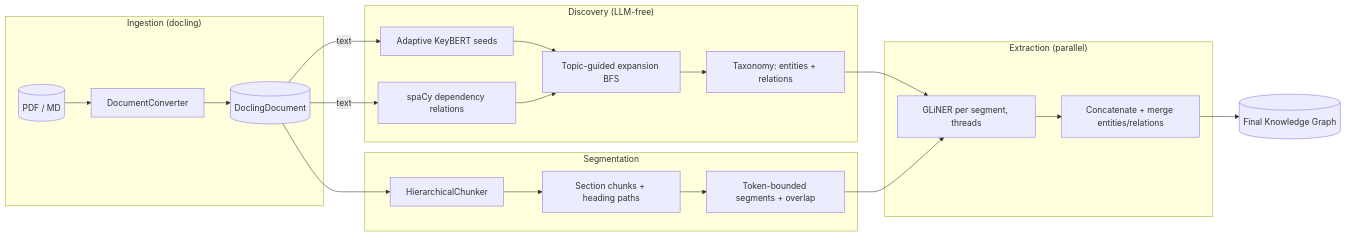
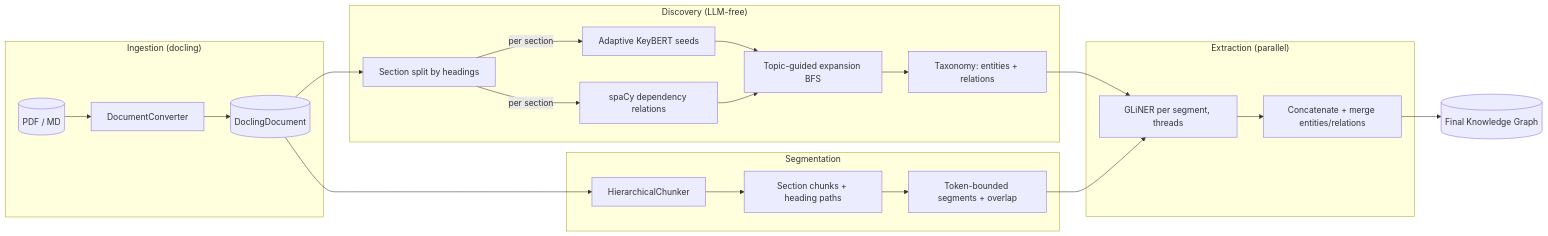
Before and after one commit to AlbertoVilla87/kgraph: the first of 2 diagrams in docs/approaches/adaptive_keybert_gliner.md, drawn with Mermaid. The commit also changed other lines of this file and 6 other files, not shown here.

Commit message:
Improve graph quality: per-section discovery, hyphen-aware canonicalization, docling compile fix

````diff
--- a/docs/approaches/adaptive_keybert_gliner.md
+++ b/docs/approaches/adaptive_keybert_gliner.md
@@ -5,25 +5,26 @@
 ```mermaid
 flowchart LR
     subgraph ING["Ingestion (docling)"]
         A[(PDF / MD)] --> B[DocumentConverter]
         B --> C[(DoclingDocument)]
     end
     subgraph DIS["Discovery (LLM-free)"]
-        C -- text --> D[Adaptive KeyBERT seeds]
-        C -- text --> E[spaCy dependency relations]
-        D --> F[Topic-guided expansion BFS]
-        E --> F
-        F --> G[Taxonomy: entities + relations]
+        C --> D[Section split by headings]
+        D -- per section --> E[Adaptive KeyBERT seeds]
+        D -- per section --> F[spaCy dependency relations]
+        E --> G[Topic-guided expansion BFS]
+        F --> G
+        G --> T[Taxonomy: entities + relations]
     end
     subgraph SEG["Segmentation"]
         C --> H[HierarchicalChunker]
         H --> I[Section chunks + heading paths]
         I --> J[Token-bounded segments + overlap]
     end
     subgraph EXT["Extraction (parallel)"]
-        G --> K[GLiNER per segment, threads]
+        T --> K[GLiNER per segment, threads]
         J --> K
         K --> L[Concatenate + merge entities/relations]
     end
     L --> M[(Final Knowledge Graph)]
 ```
````
